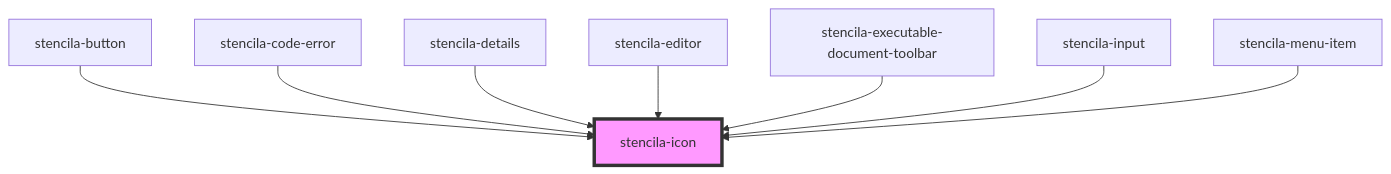
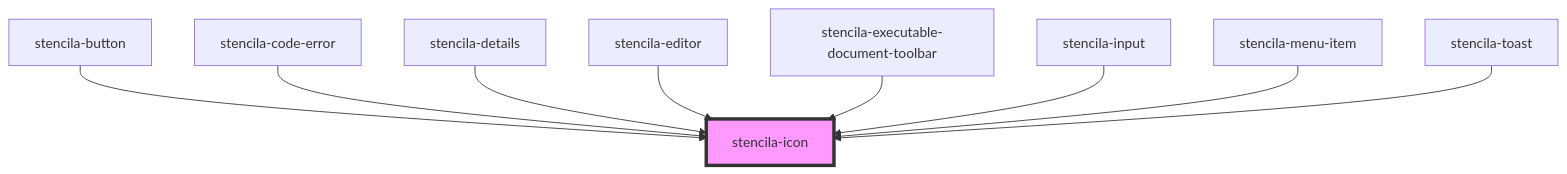
One commit to stencila/designa changed the diagram in packages/components/src/components/icon/readme.md. Above: the diagram before and after it, drawn with Mermaid. The commit also changed other lines of this file and 8 other files, not shown here.

````diff
--- a/packages/components/src/components/icon/readme.md
+++ b/packages/components/src/components/icon/readme.md
@@ -27,11 +28,12 @@
 ```mermaid
 graph TD;
   stencila-button --> stencila-icon
   stencila-code-error --> stencila-icon
   stencila-details --> stencila-icon
   stencila-editor --> stencila-icon
   stencila-executable-document-toolbar --> stencila-icon
   stencila-input --> stencila-icon
   stencila-menu-item --> stencila-icon
+  stencila-toast --> stencila-icon
   style stencila-icon fill:#f9f,stroke:#333,stroke-width:4px
 ```
````
